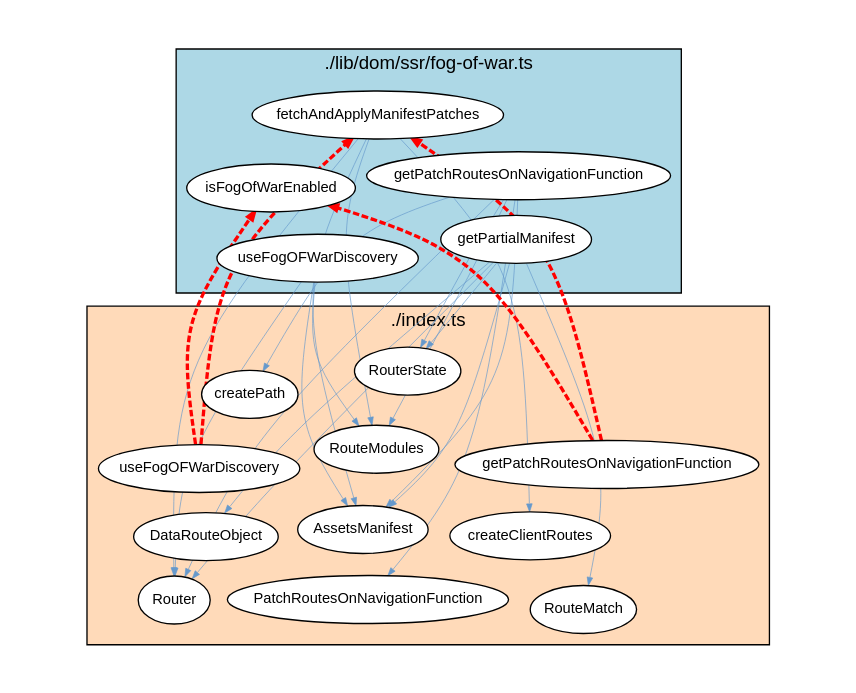
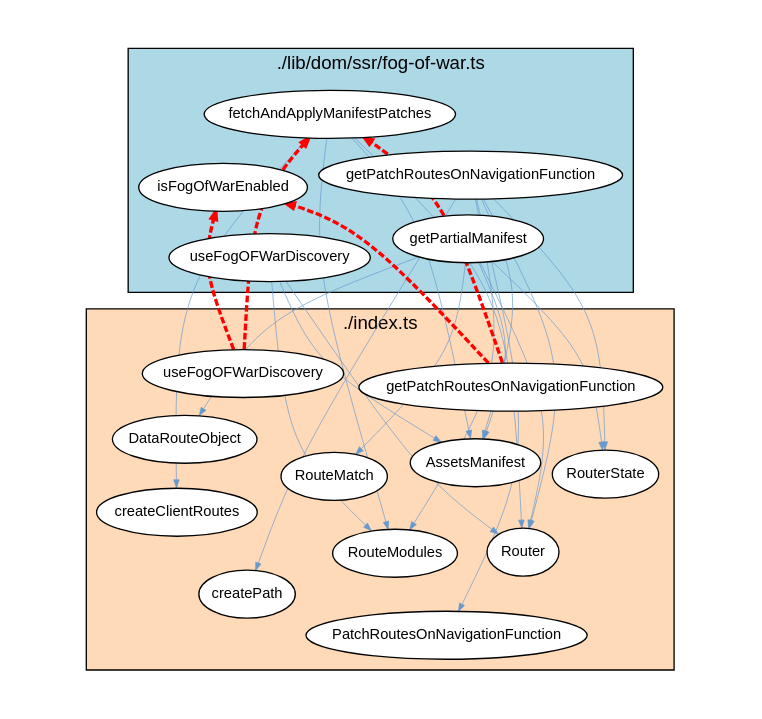
The diagram in analysis-results/react-router/react-router-7.17.0/cyclic-dependencies/Typescript_Module/Graph_Visualizations/graphviz/TypescriptModuleCyclicDependencies5.gv (JohT/code-graph-analysis-examples), drawn with Graphviz before and after one commit. The commit also changed other lines of this file and 509 other files, not shown here.

```diff
--- a/analysis-results/react-router/react-router-7.17.0/cyclic-dependencies/Typescript_Module/Graph_Visualizations/graphviz/TypescriptModuleCyclicDependencies5.gv
+++ b/analysis-results/react-router/react-router-7.17.0/cyclic-dependencies/Typescript_Module/Graph_Visualizations/graphviz/TypescriptModuleCyclicDependencies5.gv
@@ -1,58 +1,58 @@
 strict digraph cycle {
     graph [layout = "fdp"; start = "7"; splines = "curved"; pad = "0.8,0.4"; outputorder = "edgesfirst";];
     graph [fontname = "Helvetica,Arial,sans-serif"; labelloc = "t";];
     node [fontname = "Helvetica,Arial,sans-serif"; style = "filled"; fillcolor = "white";];
     node [fontsize = 11; margin = "0.05,0.05";];
     edge [fontsize = 9; arrowsize = "0.6";];
 
     subgraph cluster_package {
         label="./lib/dom/ssr/fog-of-war.ts";
         style="filled";
         fillcolor="lightblue";
         "fetchAndApplyManifestPatches";
         "getPartialManifest";
         "useFogOFWarDiscovery_pkg" [label="useFogOFWarDiscovery"];
         "getPatchRoutesOnNavigationFunction_pkg" [label="getPatchRoutesOnNavigationFunction"];
         "isFogOfWarEnabled";
     }
 
     subgraph cluster_dependent {
         label="./index.ts";
         style="filled";
         fillcolor="peachpuff";
+        "AssetsManifest";
         "RouterState";
-        "AssetsManifest";
         "PatchRoutesOnNavigationFunction";
         "DataRouteObject";
         "useFogOFWarDiscovery_dep" [label="useFogOFWarDiscovery"];
         "getPatchRoutesOnNavigationFunction_dep" [label="getPatchRoutesOnNavigationFunction"];
         "RouteModules";
         "Router";
         "RouteMatch";
+        "createPath";
         "createClientRoutes";
-        "createPath";
     }
 
     "fetchAndApplyManifestPatches" -> "Router" [color="#6699CC"; penwidth="0.5"];
     "getPatchRoutesOnNavigationFunction_pkg" -> "Router" [color="#6699CC"; penwidth="0.5"];
     "fetchAndApplyManifestPatches" -> "AssetsManifest" [color="#6699CC"; penwidth="0.5"];
     "getPatchRoutesOnNavigationFunction_pkg" -> "AssetsManifest" [color="#6699CC"; penwidth="0.5"];
     "getPatchRoutesOnNavigationFunction_pkg" -> "RouteModules" [color="#6699CC"; penwidth="0.5"];
+    "fetchAndApplyManifestPatches" -> "RouteModules" [color="#6699CC"; penwidth="0.5"];
     "fetchAndApplyManifestPatches" -> "createClientRoutes" [color="#6699CC"; penwidth="0.5"];
-    "fetchAndApplyManifestPatches" -> "RouteModules" [color="#6699CC"; penwidth="0.5"];
     "getPartialManifest" -> "Router" [color="#6699CC"; penwidth="0.5"];
+    "getPartialManifest" -> "AssetsManifest" [color="#6699CC"; penwidth="0.5"];
+    "getPatchRoutesOnNavigationFunction_pkg" -> "createPath" [color="#6699CC"; penwidth="0.5"];
+    "useFogOFWarDiscovery_pkg" -> "RouteModules" [color="#6699CC"; penwidth="0.5"];
+    "getPartialManifest" -> "RouterState" [color="#6699CC"; penwidth="0.5"];
     "getPatchRoutesOnNavigationFunction_pkg" -> "RouterState" [color="#6699CC"; penwidth="0.5"];
-    "getPartialManifest" -> "RouterState" [color="#6699CC"; penwidth="0.5"];
-    "getPartialManifest" -> "AssetsManifest" [color="#6699CC"; penwidth="0.5"];
-    "useFogOFWarDiscovery_pkg" -> "RouteModules" [color="#6699CC"; penwidth="0.5"];
-    "getPatchRoutesOnNavigationFunction_pkg" -> "createPath" [color="#6699CC"; penwidth="0.5"];
     "getPatchRoutesOnNavigationFunction_pkg" -> "PatchRoutesOnNavigationFunction" [color="#6699CC"; penwidth="0.5"];
+    "useFogOFWarDiscovery_pkg" -> "AssetsManifest" [color="#6699CC"; penwidth="0.5"];
     "getPartialManifest" -> "RouteMatch" [color="#6699CC"; penwidth="0.5"];
-    "useFogOFWarDiscovery_pkg" -> "AssetsManifest" [color="#6699CC"; penwidth="0.5"];
+    "getPartialManifest" -> "DataRouteObject" [color="#6699CC"; penwidth="0.5"];
     "useFogOFWarDiscovery_pkg" -> "Router" [color="#6699CC"; penwidth="0.5"];
-    "getPartialManifest" -> "DataRouteObject" [color="#6699CC"; penwidth="0.5"];
     "getPatchRoutesOnNavigationFunction_dep" -> "isFogOfWarEnabled" [color="red"; penwidth="2.5"; style="dashed";];
     "useFogOFWarDiscovery_dep" -> "fetchAndApplyManifestPatches" [color="red"; penwidth="2.5"; style="dashed";];
     "useFogOFWarDiscovery_dep" -> "isFogOfWarEnabled" [color="red"; penwidth="2.5"; style="dashed";];
     "getPatchRoutesOnNavigationFunction_dep" -> "fetchAndApplyManifestPatches" [color="red"; penwidth="2.5"; style="dashed";];
 }
```
